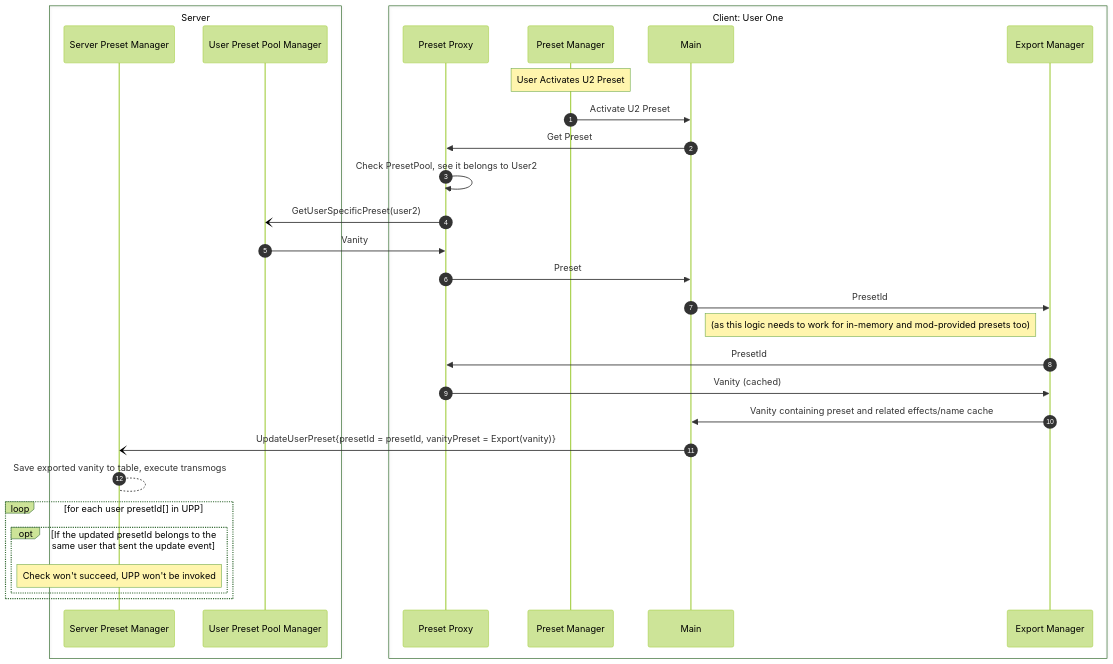
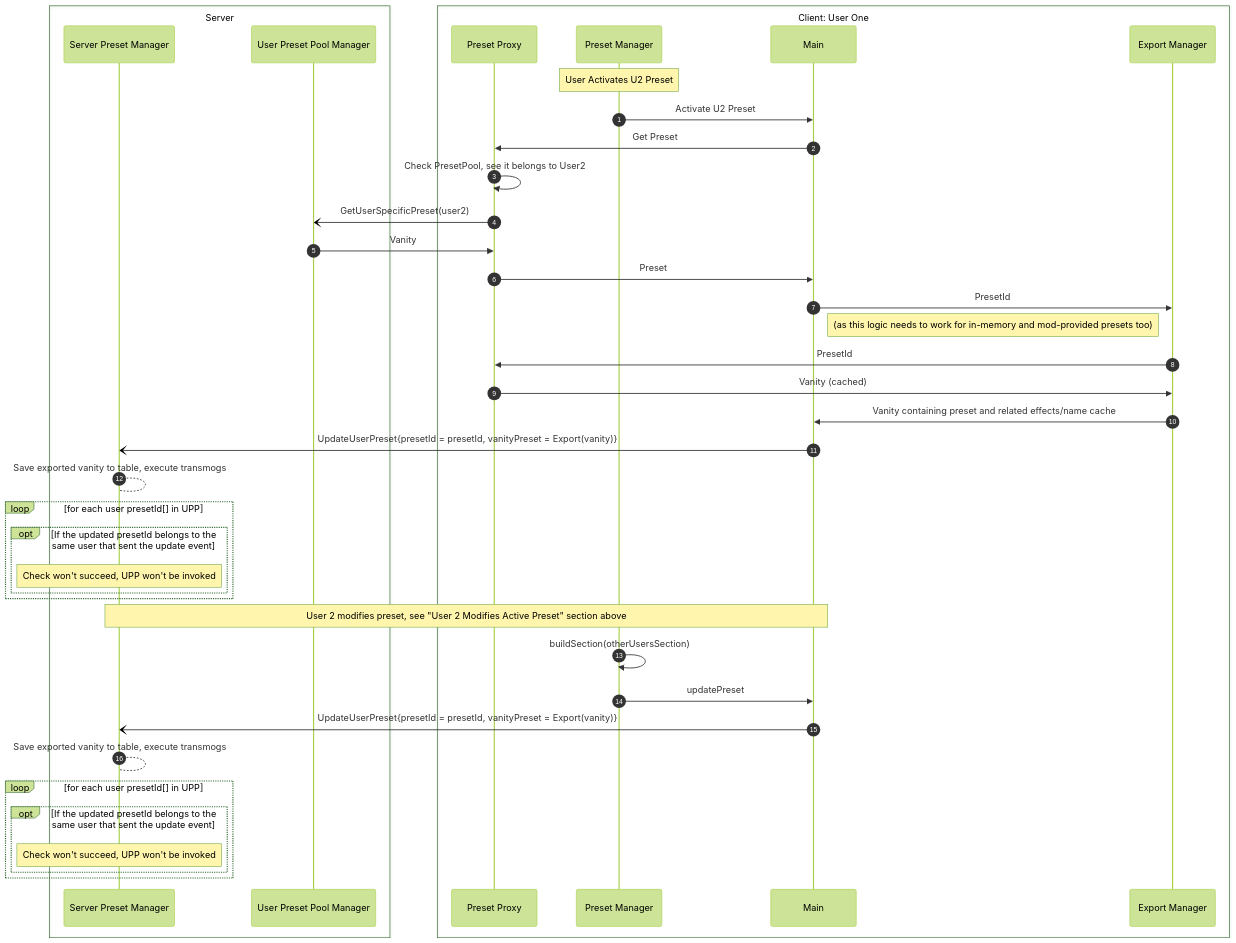
The fourth of 4 diagrams in README.md (osirisOfGit/BG3_The_Armory), drawn with Mermaid (forest theme) before and after one commit. The commit also changed other lines of this file, not shown here.

````diff
--- a/README.md
+++ b/README.md
@@ -111,35 +110,48 @@
 ```mermaid
 sequenceDiagram
 	autonumber
 
 	box Server
 	participant SPM as Server Preset Manager
 	participant UPP as User Preset Pool Manager
 	end
 
 	box Client: User One
 	participant 1PP as Preset Proxy
 	participant 1PM as Preset Manager
 	participant 1M as Main
 	participant 1EM as Export Manager
 	end
+
 	note over 1PM: User Activates U2 Preset
 	1PM->>1M: Activate U2 Preset
 	1M->>1PP: Get Preset
 	1PP->>1PP: Check PresetPool, see it belongs to User2
 	1PP-)UPP: GetUserSpecificPreset(user2)
 	UPP->>1PP: Vanity
 	1PP->>1M: Preset
 	1M->>1EM: PresetId 
 	note left of 1EM: (as this logic needs to work for in-memory and mod-provided presets too)
 	1EM->>1PP: PresetId
 	1PP->>1EM: Vanity (cached)
 	1EM->>1M: Vanity containing preset and related effects/name cache
 	1M-)SPM: UpdateUserPreset{presetId = presetId, vanityPreset = Export(vanity)}
 	SPM-->SPM: Save exported vanity to table, execute transmogs
 	loop for each user presetId[] in UPP 
 		opt If the updated presetId belongs to the same user that sent the update event
 			note over SPM: Check won't succeed, UPP won't be invoked
 		end
 	end
+	note over SPM,1M: User 2 modifies preset, see "User 2 Modifies Active Preset" section above
+
+	1PM->>1PM: buildSection(otherUsersSection)
+	1PM->>1M: updatePreset
+	1M-)SPM: UpdateUserPreset{presetId = presetId, vanityPreset = Export(vanity)}
+	SPM-->SPM: Save exported vanity to table, execute transmogs
+	loop for each user presetId[] in UPP 
+		opt If the updated presetId belongs to the same user that sent the update event
+			note over SPM: Check won't succeed, UPP won't be invoked
+		end
+	end
+
 ```
````
